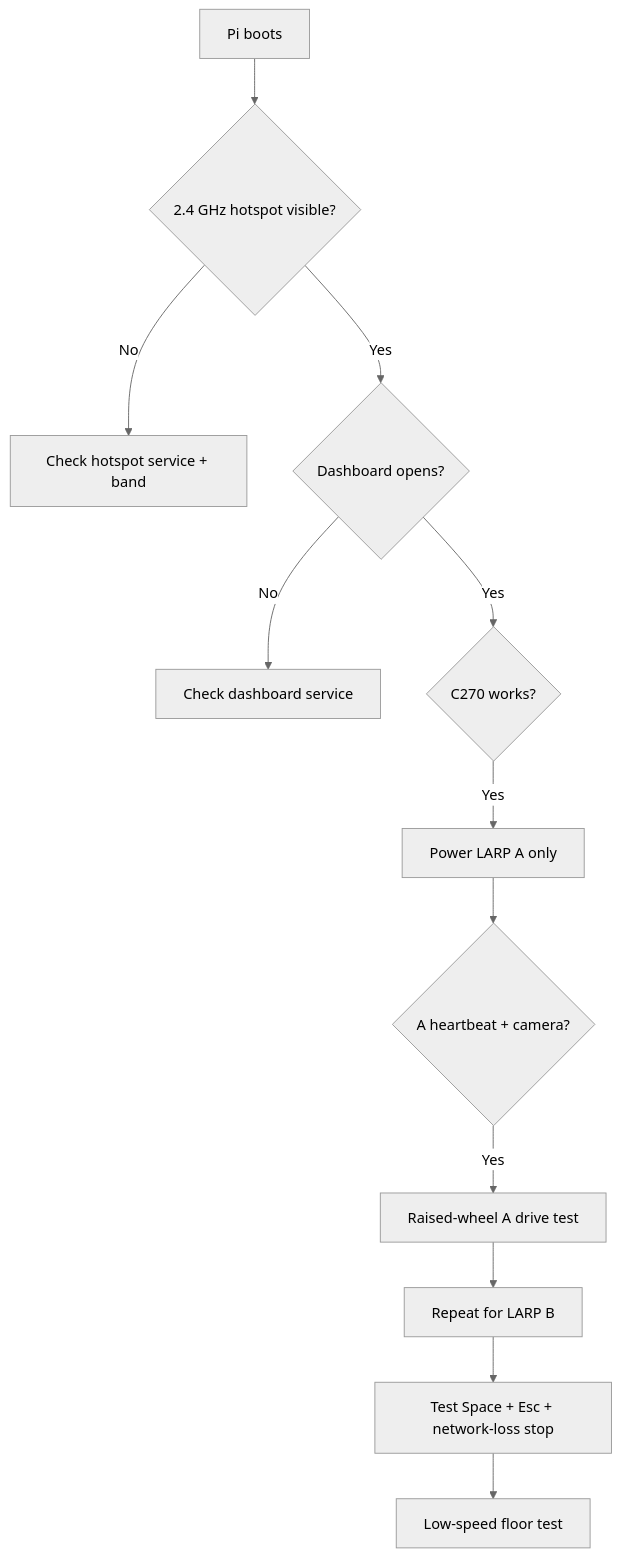
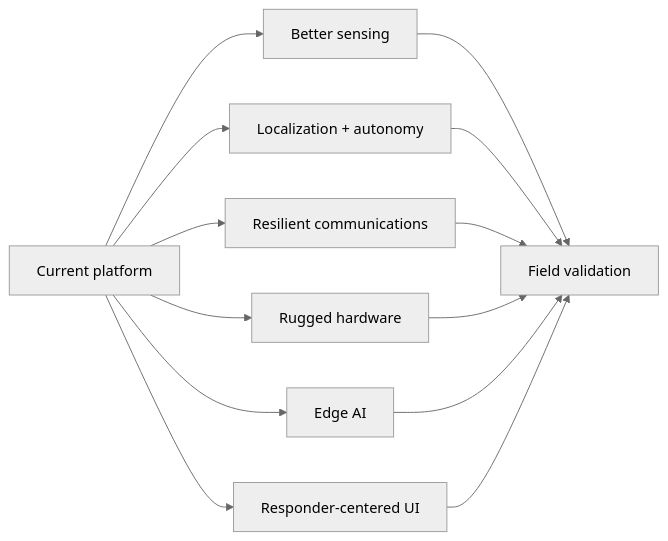
Before and after one commit to william-thompsonthe1st/STEM-Research-Academy: the seventh of 7 diagrams in README.md, drawn with Mermaid (neutral theme). The commit also changed other lines of this file, not shown here.

Commit message:
docs: add future research roadmap

````diff
--- a/README.md
+++ b/README.md
@@ -340,14 +172,15 @@
 ```mermaid
-flowchart TD
-    P["Pi boots"] --> H{"2.4 GHz hotspot visible?"}
-    H -- No --> HS["Check hotspot service + band"]
-    H -- Yes --> D{"Dashboard opens?"}
-    D -- No --> DS["Check dashboard service"]
-    D -- Yes --> C{"C270 works?"}
-    C -- Yes --> A["Power LARP A only"]
-    A --> AH{"A heartbeat + camera?"}
-    AH -- Yes --> AT["Raised-wheel A drive test"]
-    AT --> B["Repeat for LARP B"]
-    B --> ALL["Test Space + Esc + network-loss stop"]
-    ALL --> FLOOR["Low-speed floor test"]
+flowchart LR
+    NOW["Current platform"] --> SENSE["Better sensing"]
+    NOW --> NAV["Localization + autonomy"]
+    NOW --> NET["Resilient communications"]
+    NOW --> ROBUST["Rugged hardware"]
+    NOW --> AI["Edge AI"]
+    NOW --> HUMAN["Responder-centered UI"]
+    SENSE --> FIELD["Field validation"]
+    NAV --> FIELD
+    NET --> FIELD
+    ROBUST --> FIELD
+    AI --> FIELD
+    HUMAN --> FIELD
 ```
````
